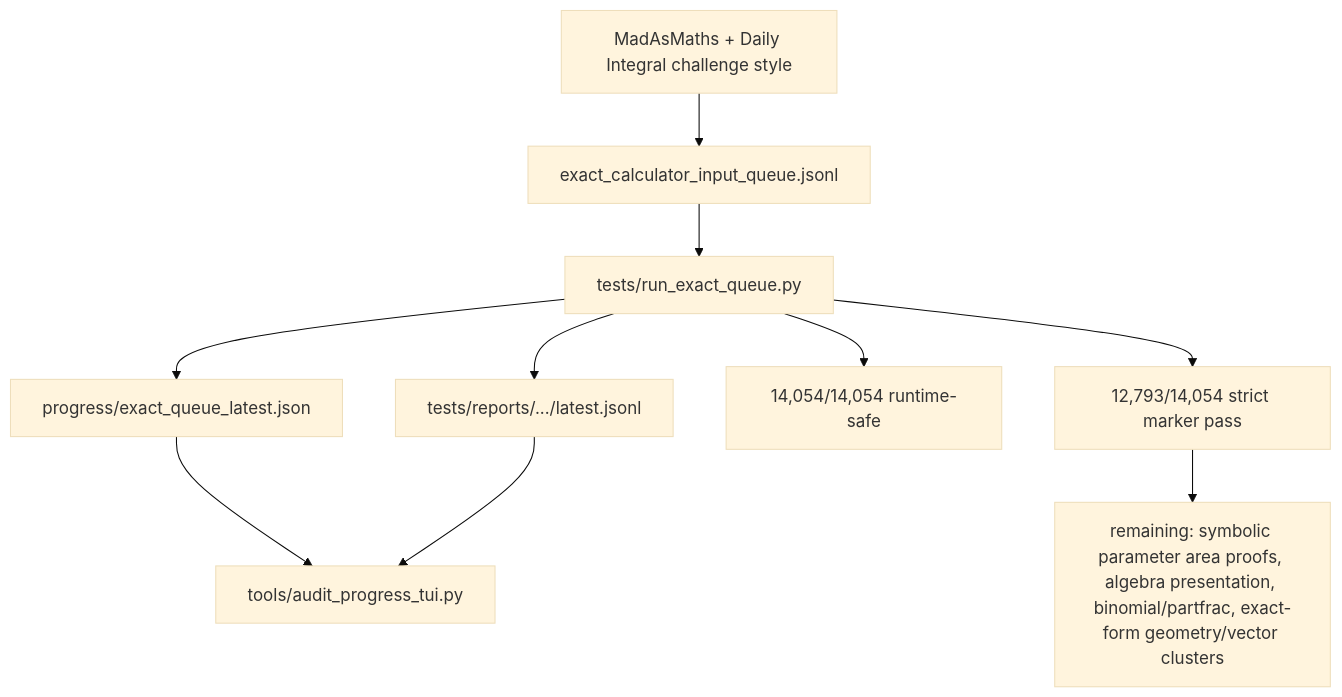
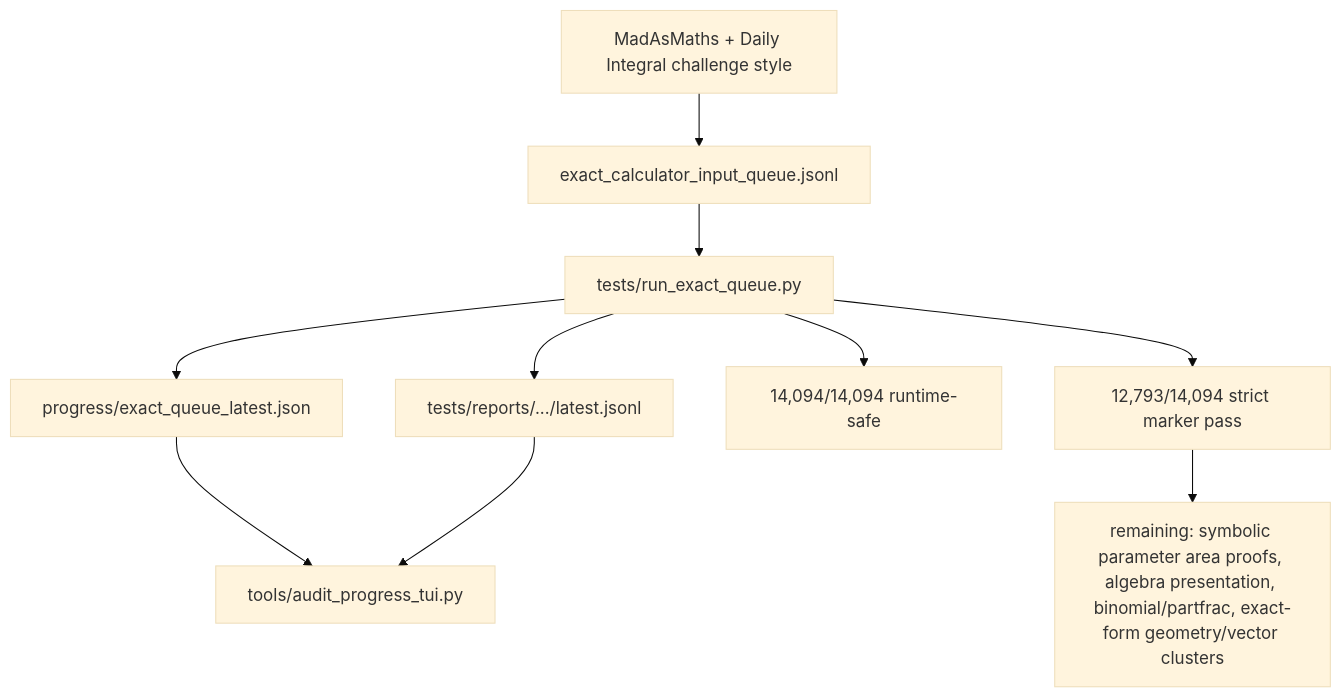
One commit to james8464/notes-addin-casio-fx-cg50 changed the fifth of 6 diagrams in docs/GRAPH.md. Above: the diagram before and after it, drawn with Mermaid (base theme). The commit also changed other lines of this file and 3 other files, not shown here.

````diff
--- a/docs/GRAPH.md
+++ b/docs/GRAPH.md
@@ -58,12 +58,12 @@
 ```mermaid
 graph TD
   Online["MadAsMaths + Daily Integral challenge style"] --> Queue["exact_calculator_input_queue.jsonl"]
   Queue --> Runner["tests/run_exact_queue.py"]
   Runner --> Live["progress/exact_queue_latest.json"]
   Runner --> Report["tests/reports/.../latest.jsonl"]
   Live --> TUI["tools/audit_progress_tui.py"]
   Report --> TUI
-  Runner --> Runtime["14,054/14,054 runtime-safe"]
-  Runner --> Strict["12,793/14,054 strict marker pass"]
+  Runner --> Runtime["14,094/14,094 runtime-safe"]
+  Runner --> Strict["12,793/14,094 strict marker pass"]
   Strict --> Remaining["remaining: symbolic parameter area proofs, algebra presentation, binomial/partfrac, exact-form geometry/vector clusters"]
 ```
````
